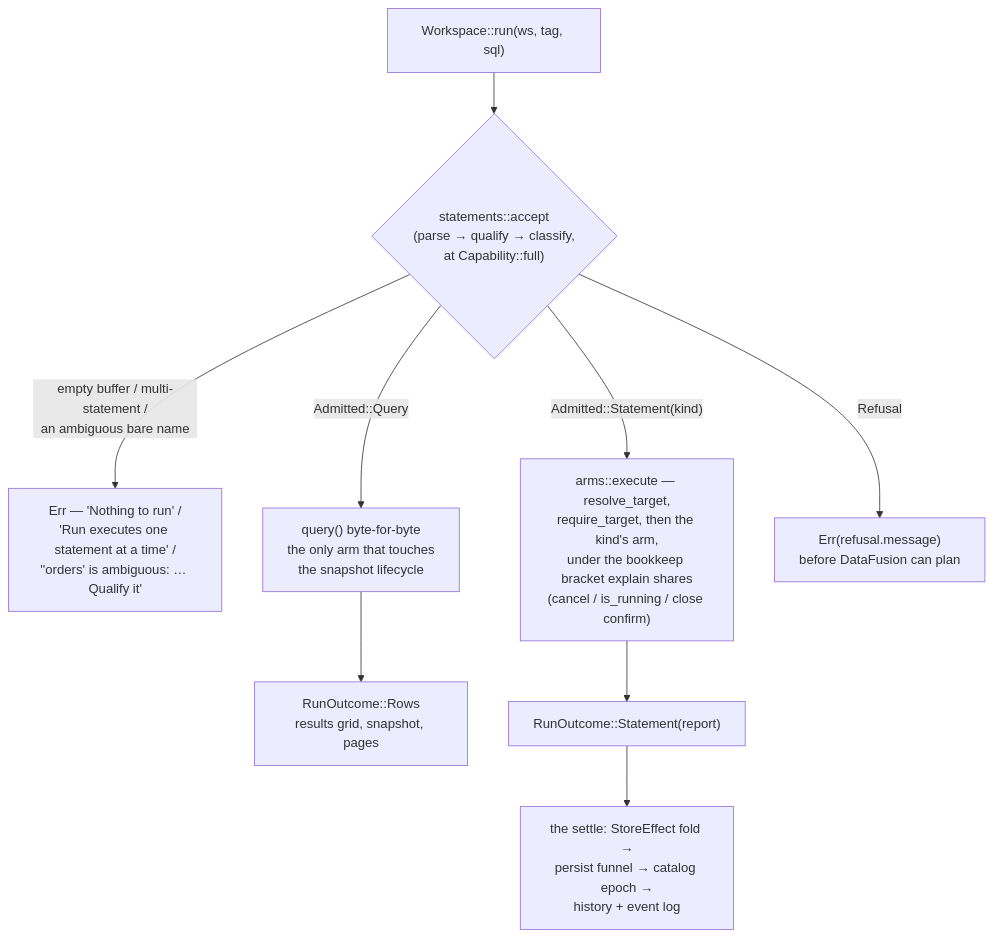
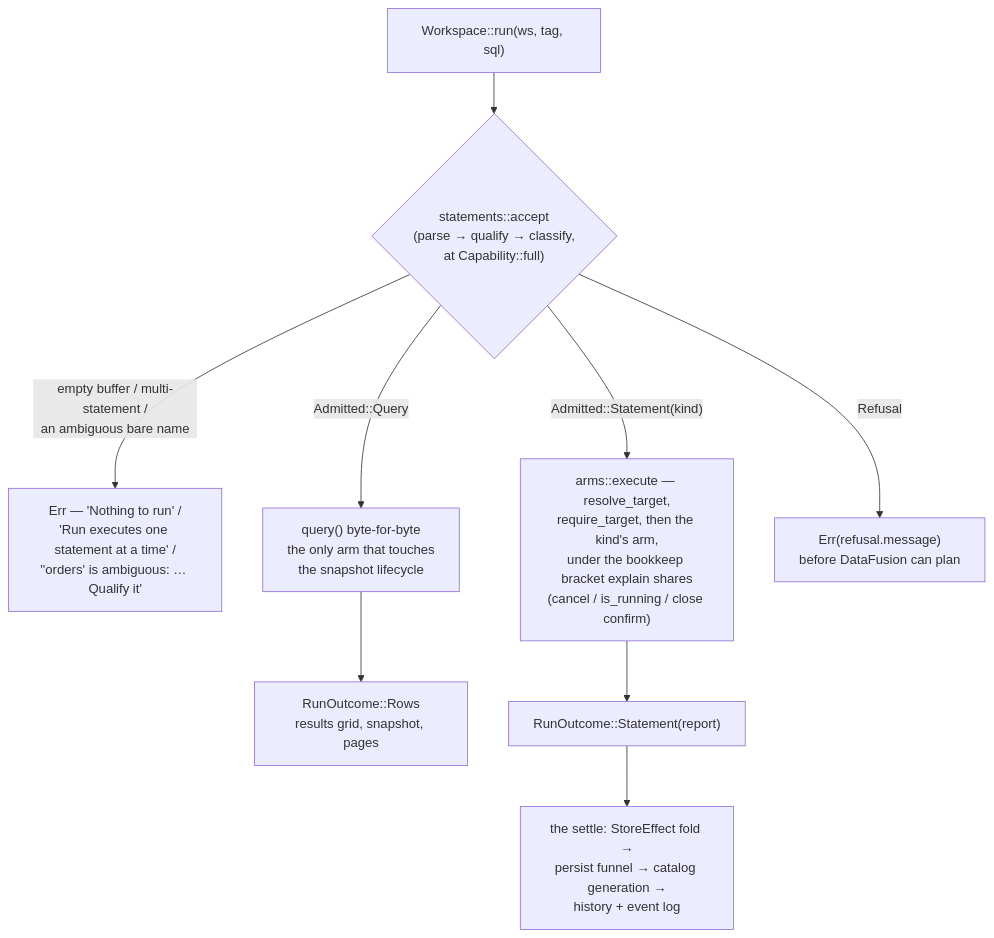
Before and after one commit to alexparlett/strata: the diagram in docs/STATEMENTS_SPEC.md, drawn with Mermaid. The commit also changed other lines of this file and 37 other files, not shown here.

````diff
--- a/docs/STATEMENTS_SPEC.md
+++ b/docs/STATEMENTS_SPEC.md
@@ -12,11 +12,11 @@
 ```mermaid
 flowchart TD
     RUN["Workspace::run(ws, tag, sql)"] --> CLS{"statements::accept\n(parse → qualify → classify,\nat Capability::full)"}
     CLS -- "empty buffer / multi-statement /\nan ambiguous bare name" --> ERR1["Err — 'Nothing to run' /\n'Run executes one statement at a time' /\n''orders' is ambiguous: … Qualify it'"]
     CLS -- "Admitted::Query" --> Q["query() byte-for-byte\nthe only arm that touches\nthe snapshot lifecycle"]
     CLS -- "Admitted::Statement(kind)" --> DDL["arms::execute — resolve_target,\nrequire_target, then the kind's arm,\nunder the bookkeep bracket explain shares\n(cancel / is_running / close confirm)"]
     CLS -- "Refusal" --> ERR2["Err(refusal.message)\nbefore DataFusion can plan"]
     Q --> ROWS["RunOutcome::Rows\nresults grid, snapshot, pages"]
     DDL --> REP["RunOutcome::Statement(report)"]
-    REP --> SETTLE["the settle: StoreEffect fold →\npersist funnel → catalog epoch →\nhistory + event log"]
+    REP --> SETTLE["the settle: StoreEffect fold →\npersist funnel → catalog generation →\nhistory + event log"]
 ```
````
